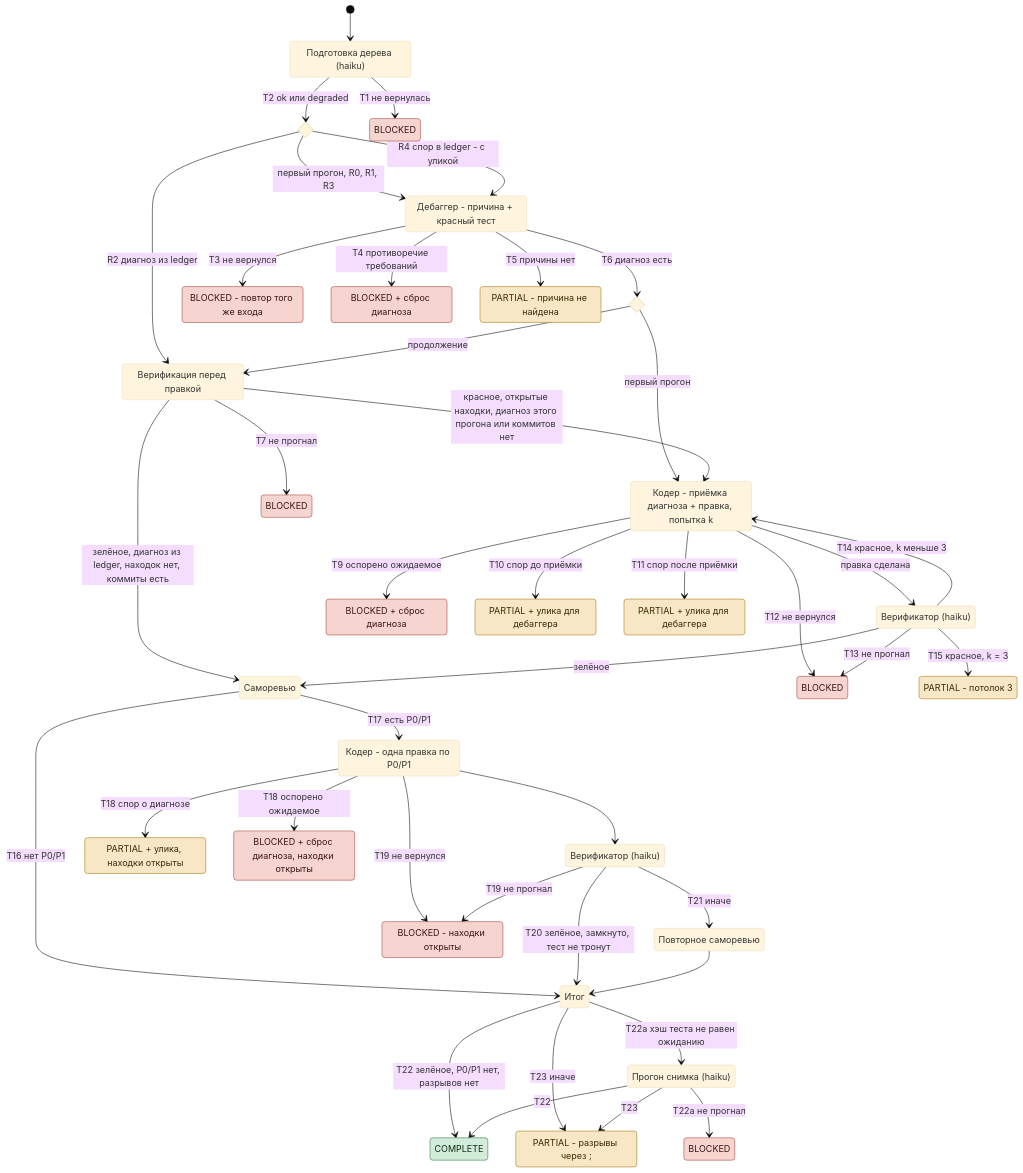
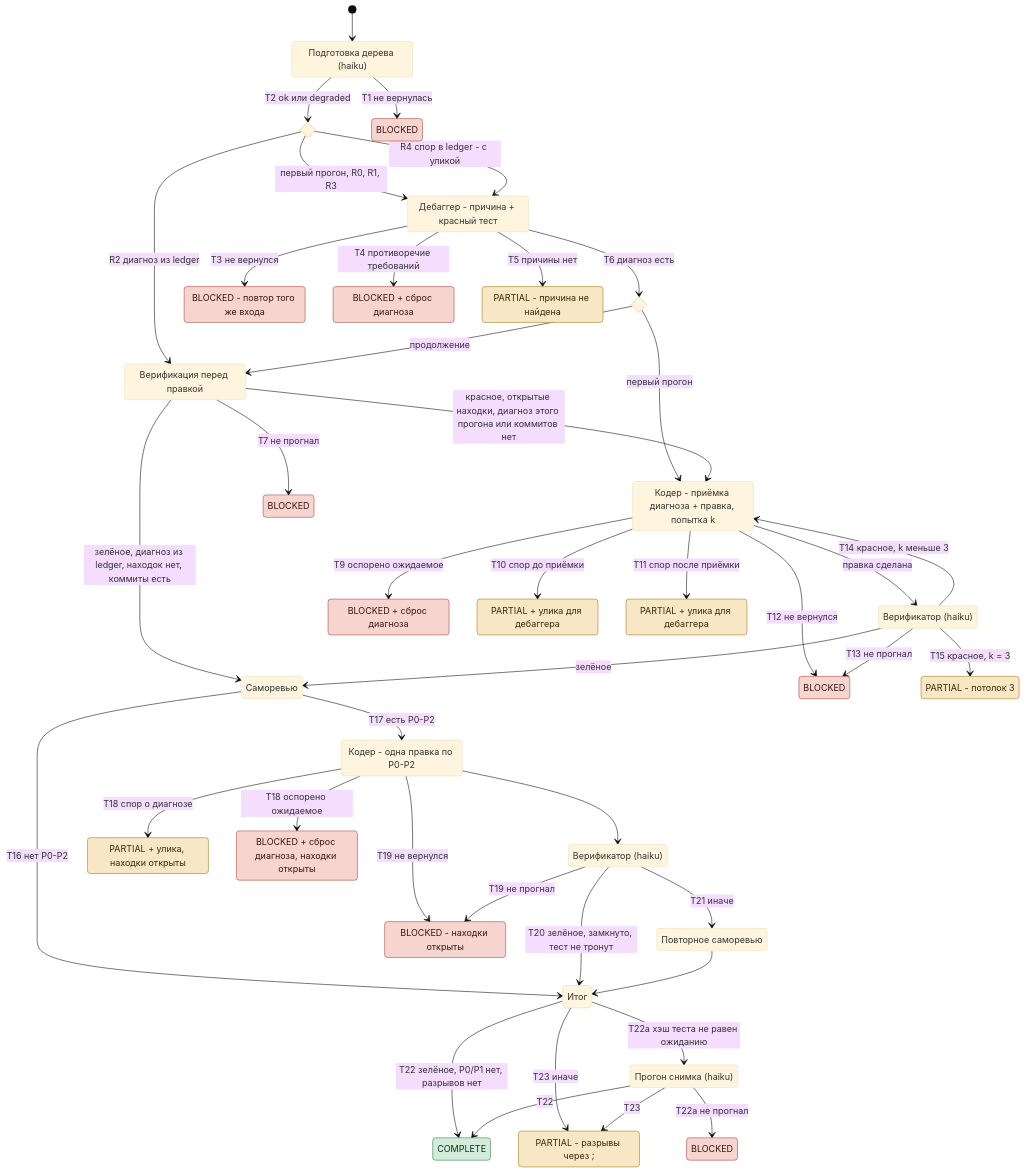
The diagram in plugins/auto/docs/tracks/bugfix.md (dex-it/claude-code-marketplace), drawn with Mermaid (base theme) before and after one commit. The commit also changed other lines of this file and 59 other files, not shown here.

```diff
--- a/plugins/auto/docs/tracks/bugfix.md
+++ b/plugins/auto/docs/tracks/bugfix.md
@@ -20,7 +20,7 @@
   state "Кодер - приёмка диагноза + правка, попытка k" as Coder
   state "Верификатор (haiku)" as Verify
   state "Саморевью" as Review
-  state "Кодер - одна правка по P0/P1" as RFix
+  state "Кодер - одна правка по P0-P2" as RFix
   state "Верификатор (haiku)" as Verify2
   state "Повторное саморевью" as Review2
   state "Итог" as Final
@@ -72,8 +72,8 @@
   Verify --> P4: T15 красное, k = 3
   Verify --> Review: зелёное
 
-  Review --> Final: T16 нет P0/P1
-  Review --> RFix: T17 есть P0/P1
+  Review --> Final: T16 нет P0-P2
+  Review --> RFix: T17 есть P0-P2
   RFix --> P5: T18 спор о диагнозе
   RFix --> B8: T18 оспорено ожидаемое
   RFix --> B7: T19 не вернулся
```
